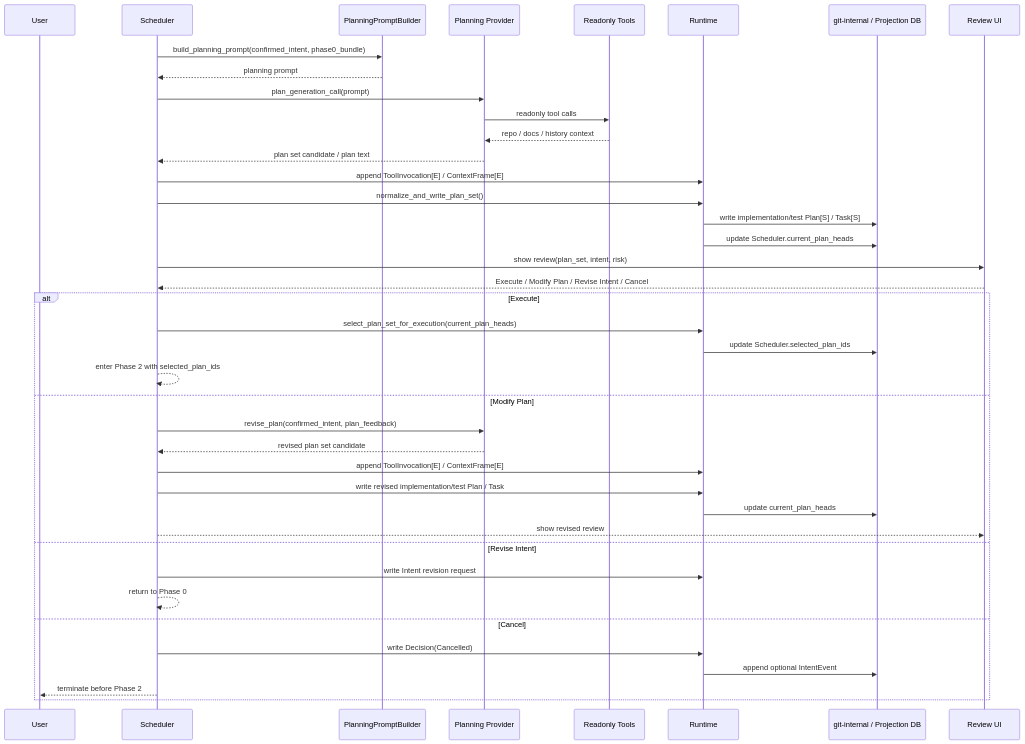
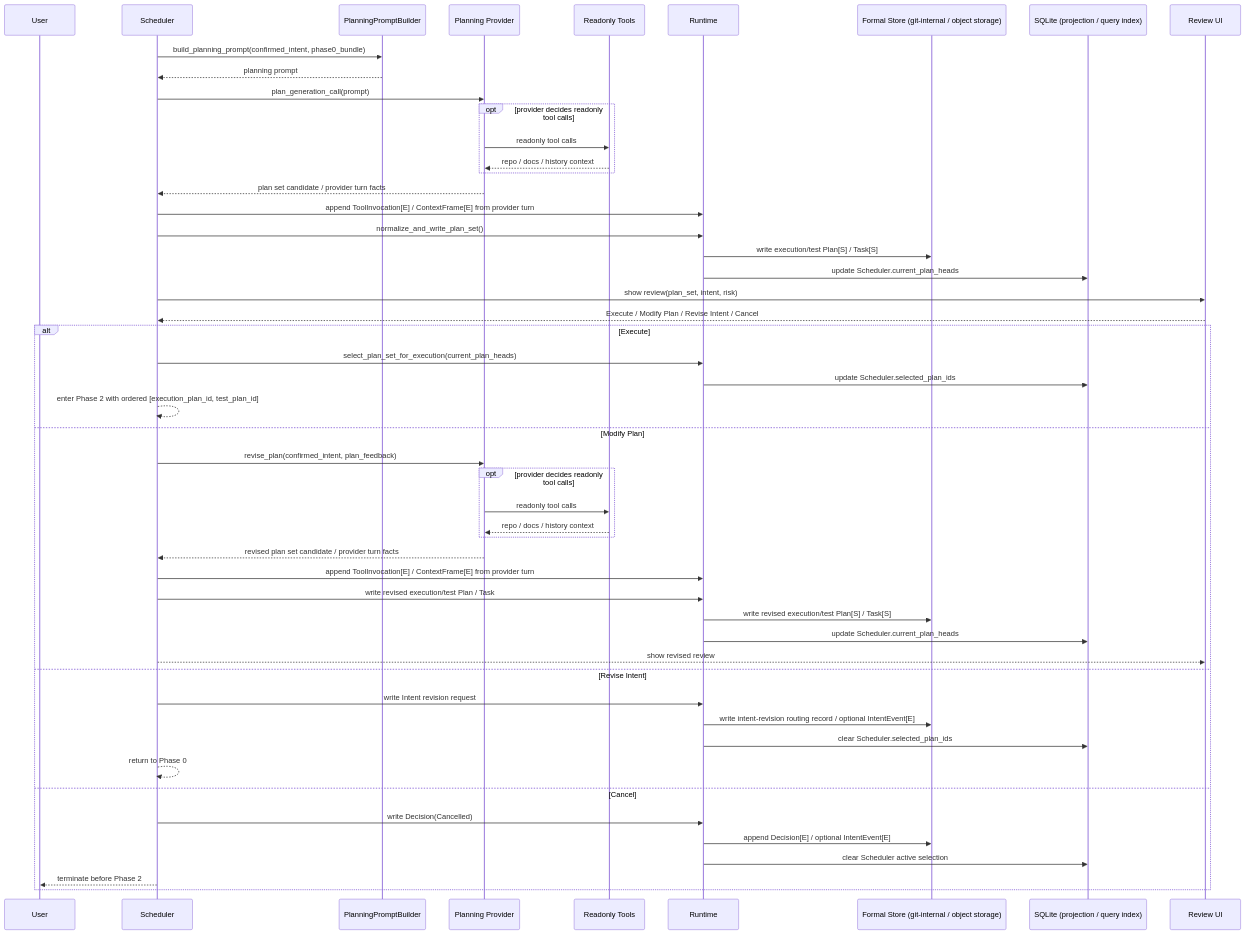
The sixth of 13 diagrams in docs/improvement/code.md (web3infra-foundation/libra), drawn with Mermaid before and after one commit. The commit also changed other lines of this file and 4 other files, not shown here.

Commit message:
docs(code): stabilize implementation plan

````diff
--- a/docs/improvement/code.md
+++ b/docs/improvement/code.md
@@ -366,44 +606,55 @@
 ```mermaid
 sequenceDiagram
     participant U as User
     participant S as Scheduler
     participant B as PlanningPromptBuilder
     participant P as Planning Provider
     participant T as Readonly Tools
     participant R as Runtime
-    participant O as git-internal / Projection DB
+    participant F as Formal Store (git-internal / object storage)
+    participant Q as SQLite (projection / query index)
     participant UI as Review UI
 
     S->>B: build_planning_prompt(confirmed_intent, phase0_bundle)
     B-->>S: planning prompt
     S->>P: plan_generation_call(prompt)
-    P->>T: readonly tool calls
-    T-->>P: repo / docs / history context
-    P-->>S: plan set candidate / plan text
-    S->>R: append ToolInvocation[E] / ContextFrame[E]
+    opt provider decides readonly tool calls
+        P->>T: readonly tool calls
+        T-->>P: repo / docs / history context
+    end
+    P-->>S: plan set candidate / provider turn facts
+    S->>R: append ToolInvocation[E] / ContextFrame[E] from provider turn
     S->>R: normalize_and_write_plan_set()
-    R->>O: write implementation/test Plan[S] / Task[S]
-    R->>O: update Scheduler.current_plan_heads
+    R->>F: write execution/test Plan[S] / Task[S]
+    R->>Q: update Scheduler.current_plan_heads
     S->>UI: show review(plan_set, intent, risk)
     UI-->>S: Execute / Modify Plan / Revise Intent / Cancel
 
     alt Execute
         S->>R: select_plan_set_for_execution(current_plan_heads)
-        R->>O: update Scheduler.selected_plan_ids
-        S-->>S: enter Phase 2 with selected_plan_ids
+        R->>Q: update Scheduler.selected_plan_ids
+        S-->>S: enter Phase 2 with ordered [execution_plan_id, test_plan_id]
     else Modify Plan
         S->>P: revise_plan(confirmed_intent, plan_feedback)
-        P-->>S: revised plan set candidate
-        S->>R: append ToolInvocation[E] / ContextFrame[E]
-        S->>R: write revised implementation/test Plan / Task
-        R->>O: update current_plan_heads
+        opt provider decides readonly tool calls
+            P->>T: readonly tool calls
+            T-->>P: repo / docs / history context
+        end
+        P-->>S: revised plan set candidate / provider turn facts
+        S->>R: append ToolInvocation[E] / ContextFrame[E] from provider turn
+        S->>R: write revised execution/test Plan / Task
+        R->>F: write revised execution/test Plan[S] / Task[S]
+        R->>Q: update Scheduler.current_plan_heads
         S-->>UI: show revised review
     else Revise Intent
         S->>R: write Intent revision request
+        R->>F: write intent-revision routing record / optional IntentEvent[E]
+        R->>Q: clear Scheduler.selected_plan_ids
         S-->>S: return to Phase 0
     else Cancel
         S->>R: write Decision(Cancelled)
-        R->>O: append optional IntentEvent
+        R->>F: append Decision[E] / optional IntentEvent[E]
+        R->>Q: clear Scheduler active selection
         S-->>U: terminate before Phase 2
     end
 ```
````
